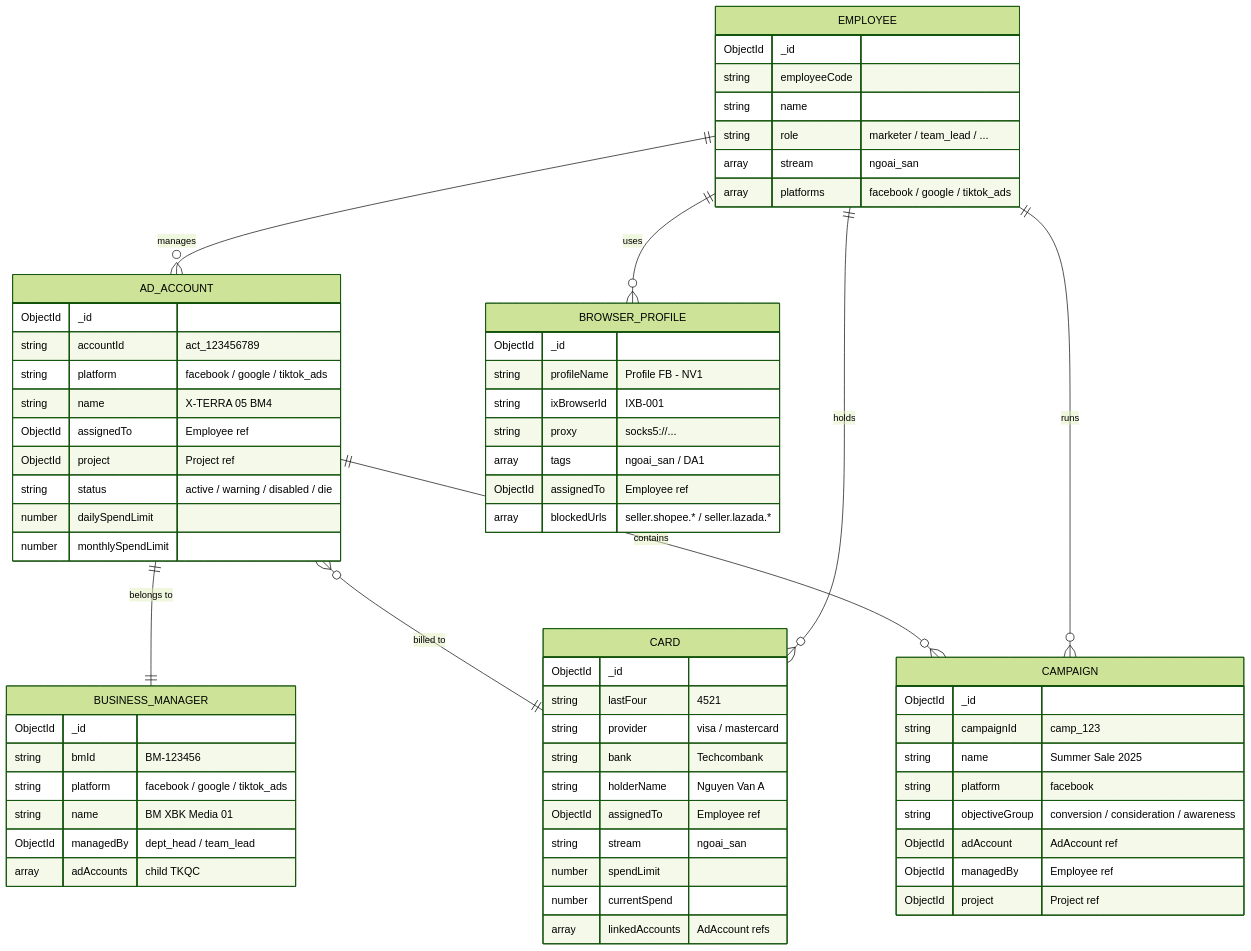
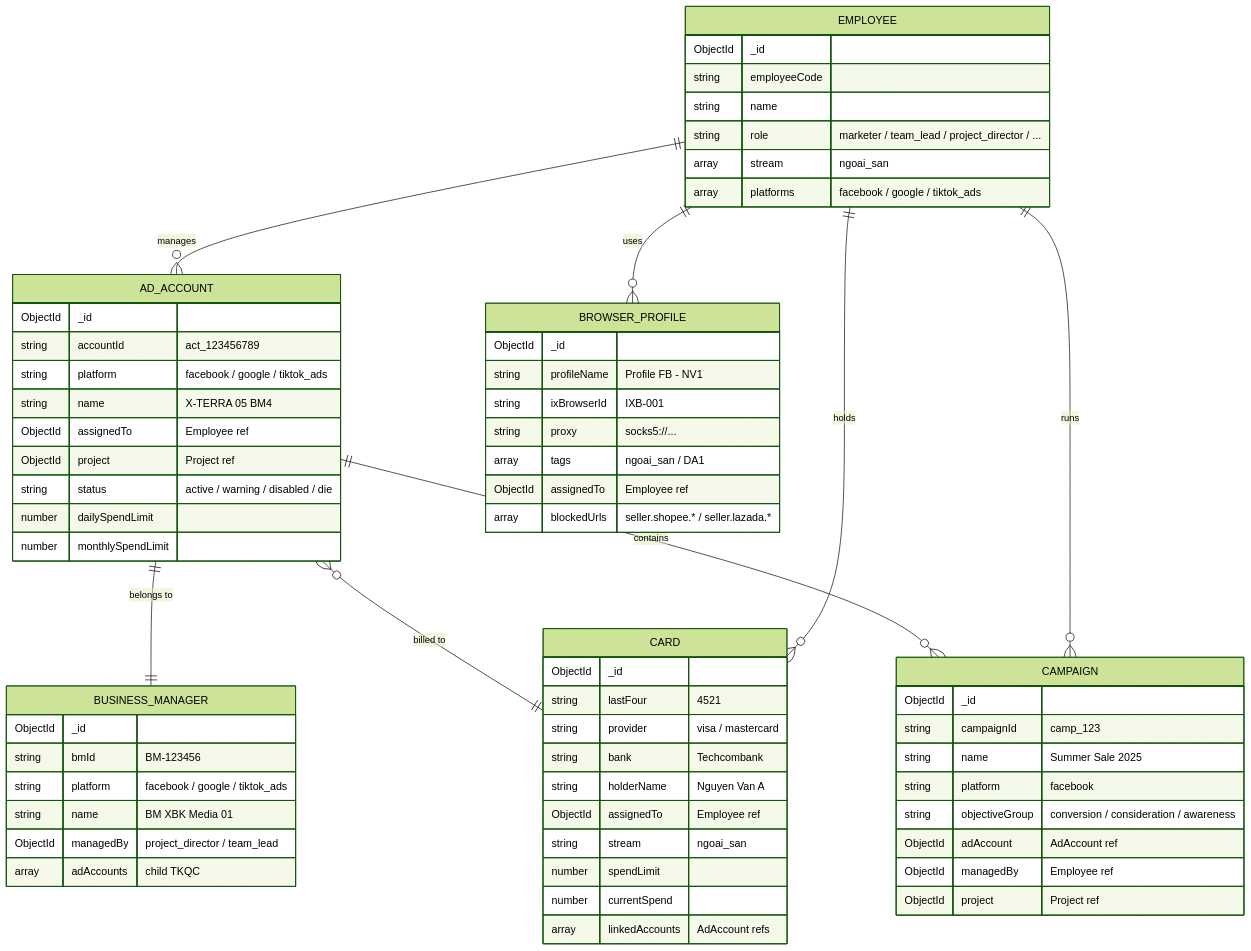
One commit to cucucha113-dotcom/Xcap-Management-Platform changed the second of 6 diagrams in docs/system-diagrams/ngoai_san_account_system.md. Above: the diagram before and after it, drawn with Mermaid (forest theme). The commit also changed other lines of this file, not shown here.

First line of the commit message:
🔧 Fix: dept_head chỉ có 1 vị trí = GĐ Ngoại sàn

````diff
--- a/docs/system-diagrams/ngoai_san_account_system.md
+++ b/docs/system-diagrams/ngoai_san_account_system.md
@@ -106,75 +106,75 @@
 ```mermaid
 erDiagram
     EMPLOYEE ||--o{ AD_ACCOUNT : "manages"
     EMPLOYEE ||--o{ BROWSER_PROFILE : "uses"
     EMPLOYEE ||--o{ CARD : "holds"
     EMPLOYEE ||--o{ CAMPAIGN : "runs"
     
     AD_ACCOUNT ||--|| BUSINESS_MANAGER : "belongs to"
     AD_ACCOUNT ||--o{ CAMPAIGN : "contains"
     AD_ACCOUNT }o--|| CARD : "billed to"
     
     EMPLOYEE {
         ObjectId _id
         string employeeCode
         string name
-        string role "marketer / team_lead / ..."
+        string role "marketer / team_lead / project_director / ..."
         array stream "ngoai_san"
         array platforms "facebook / google / tiktok_ads"
     }
     
     AD_ACCOUNT {
         ObjectId _id
         string accountId "act_123456789"
         string platform "facebook / google / tiktok_ads"
         string name "X-TERRA 05 BM4"
         ObjectId assignedTo "Employee ref"
         ObjectId project "Project ref"
         string status "active / warning / disabled / die"
         number dailySpendLimit
         number monthlySpendLimit
     }
     
     BROWSER_PROFILE {
         ObjectId _id
         string profileName "Profile FB - NV1"
         string ixBrowserId "IXB-001"
         string proxy "socks5://..."
         array tags "ngoai_san / DA1"
         ObjectId assignedTo "Employee ref"
         array blockedUrls "seller.shopee.* / seller.lazada.*"
     }
     
     BUSINESS_MANAGER {
         ObjectId _id
         string bmId "BM-123456"
         string platform "facebook / google / tiktok_ads"
         string name "BM XBK Media 01"
-        ObjectId managedBy "dept_head / team_lead"
+        ObjectId managedBy "project_director / team_lead"
         array adAccounts "child TKQC"
     }
     
     CARD {
         ObjectId _id
         string lastFour "4521"
         string provider "visa / mastercard"
         string bank "Techcombank"
         string holderName "Nguyen Van A"
         ObjectId assignedTo "Employee ref"
         string stream "ngoai_san"
         number spendLimit
         number currentSpend
         array linkedAccounts "AdAccount refs"
     }
 
     CAMPAIGN {
         ObjectId _id
         string campaignId "camp_123"
         string name "Summer Sale 2025"
         string platform "facebook"
         string objectiveGroup "conversion / consideration / awareness"
         ObjectId adAccount "AdAccount ref"
         ObjectId managedBy "Employee ref"
         ObjectId project "Project ref"
     }
 ```
````
